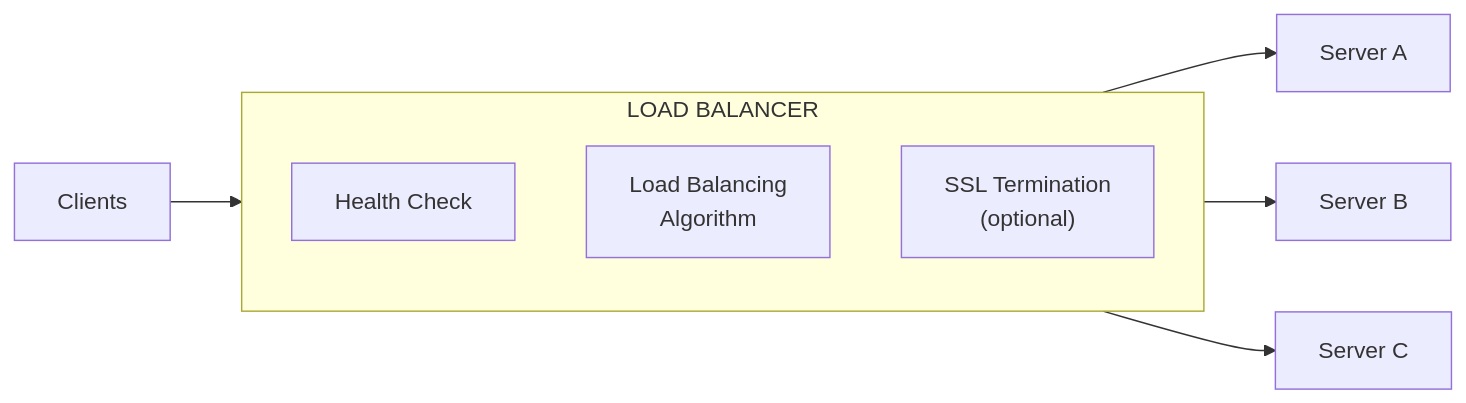
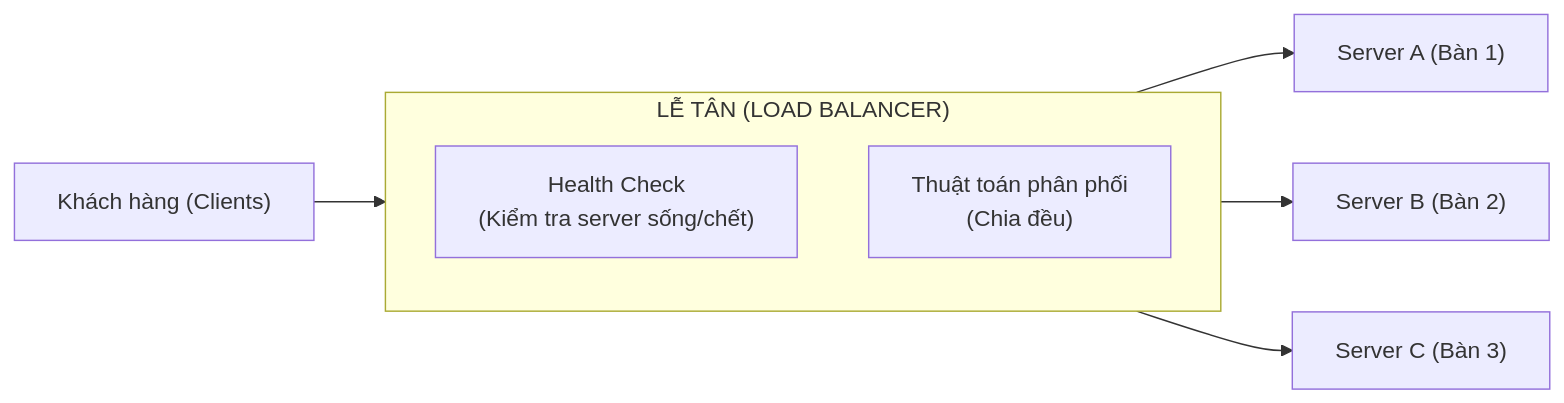
Before and after one commit to Mrnobody102/it-interview-prep: the diagram in src/content/vi/he-thong/load-balancer.md, drawn with Mermaid. The commit also changed other lines of this file and 51 other files, not shown here.

````diff
--- a/src/content/vi/he-thong/load-balancer.md
+++ b/src/content/vi/he-thong/load-balancer.md
@@ -7,13 +14,12 @@
 ```mermaid
 flowchart LR
-    Clients["Clients"]
-    subgraph LB["LOAD BALANCER"]
-        H["Health Check"]
-        Algo["Load Balancing<br>Algorithm"]
-        SSL["SSL Termination<br>(optional)"]
+    Clients["Khách hàng (Clients)"]
+    subgraph LB["LỄ TÂN (LOAD BALANCER)"]
+        H["Health Check<br>(Kiểm tra server sống/chết)"]
+        Algo["Thuật toán phân phối<br>(Chia đều)"]
     end
     Clients --> LB
-    LB --> S1["Server A"]
-    LB --> S2["Server B"]
-    LB --> S3["Server C"]
+    LB --> S1["Server A (Bàn 1)"]
+    LB --> S2["Server B (Bàn 2)"]
+    LB --> S3["Server C (Bàn 3)"]
 ```
````
